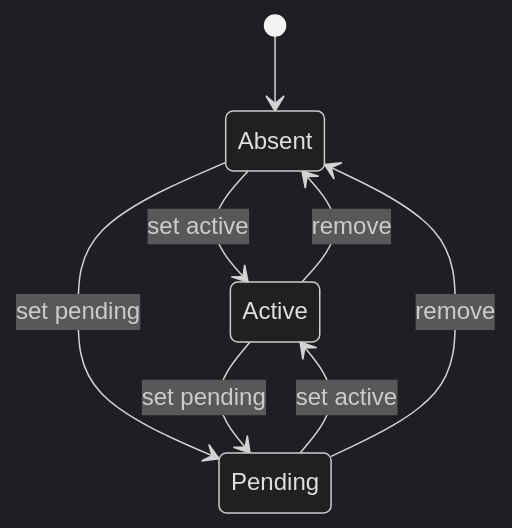
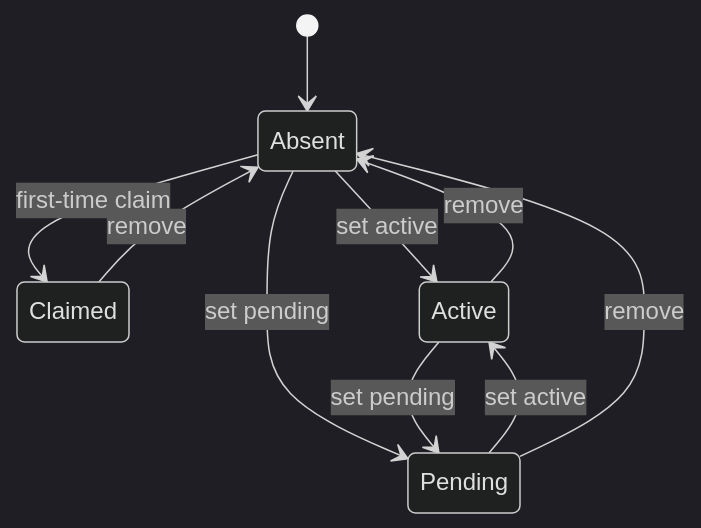
Before and after one commit to mysticalsin/secondary: diagram 12 of 20 in docs/state-machines.md, drawn with Mermaid (dark theme). The commit also changed other lines of this file, not shown here.

````diff
--- a/docs/state-machines.md
+++ b/docs/state-machines.md
@@ -747,10 +748,12 @@
 ```mermaid
 stateDiagram-v2
  [*] --> Absent
+ Absent --> Claimed: first-time claim
  Absent --> Active: set active
  Absent --> Pending: set pending
  Pending --> Active: set active
  Active --> Pending: set pending
  Active --> Absent: remove
  Pending --> Absent: remove
+ Claimed --> Absent: remove
 ```
````
